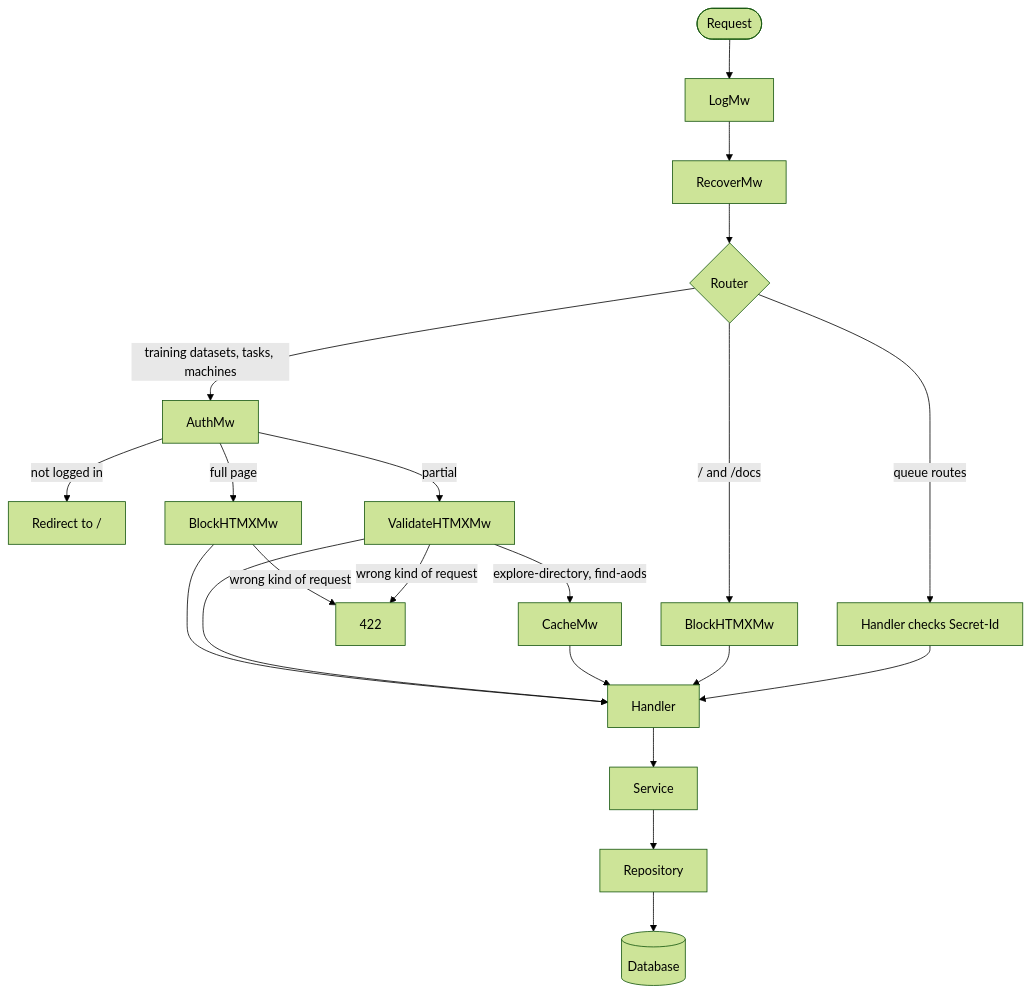
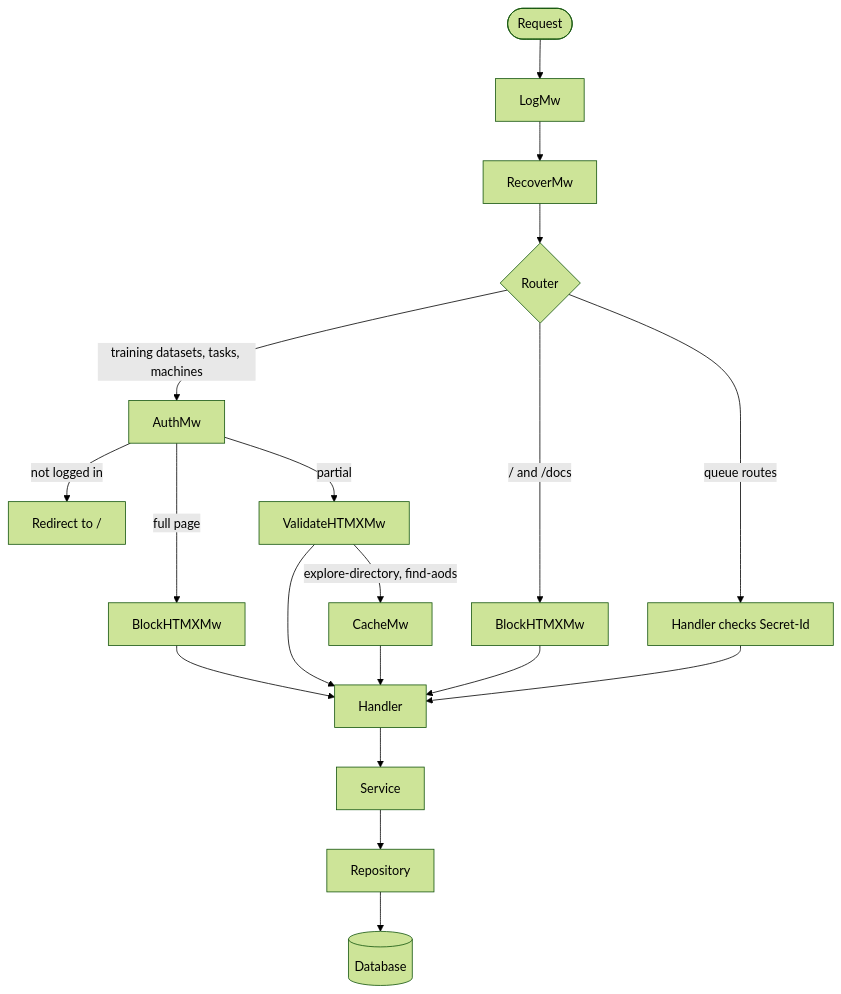
Before and after one commit to mytkom/AliceTraINT: the second of 2 diagrams in docs/3-development/1-architecture.md, drawn with Mermaid (forest theme).

Commit message:
docs: drop the 422 branch from the middleware diagram

````diff
--- a/docs/3-development/1-architecture.md
+++ b/docs/3-development/1-architecture.md
@@ -83,19 +83,18 @@
 ```mermaid
 flowchart TD
   accTitle: Request middleware
   accDescr: A request passes LogMw and RecoverMw, then the router. Pages for training datasets, tasks and machines pass AuthMw, then BlockHTMXMw for full pages or ValidateHTMXMw for partials, then CacheMw on two JAliEn routes, then the handler. Public pages only block HTMX. Queue routes check the Secret-Id header in the handler.
 
   request([Request]) --> log[LogMw] --> recover[RecoverMw] --> router{Router}
   router -->|"/ and /docs"| public[BlockHTMXMw]
   router -->|training datasets, tasks, machines| auth[AuthMw]
   router -->|queue routes| queue[Handler checks Secret-Id]
   auth -->|not logged in| redirect[Redirect to /]
   auth -->|full page| block[BlockHTMXMw]
   auth -->|partial| validate[ValidateHTMXMw]
-  block & validate -->|wrong kind of request| reject[422]
   validate -->|explore-directory, find-aods| cachemw[CacheMw]
   block & validate & cachemw --> handler[Handler]
   public --> handler
   queue --> handler
   handler --> service[Service] --> repository[Repository] --> db[(Database)]
 ```
````
